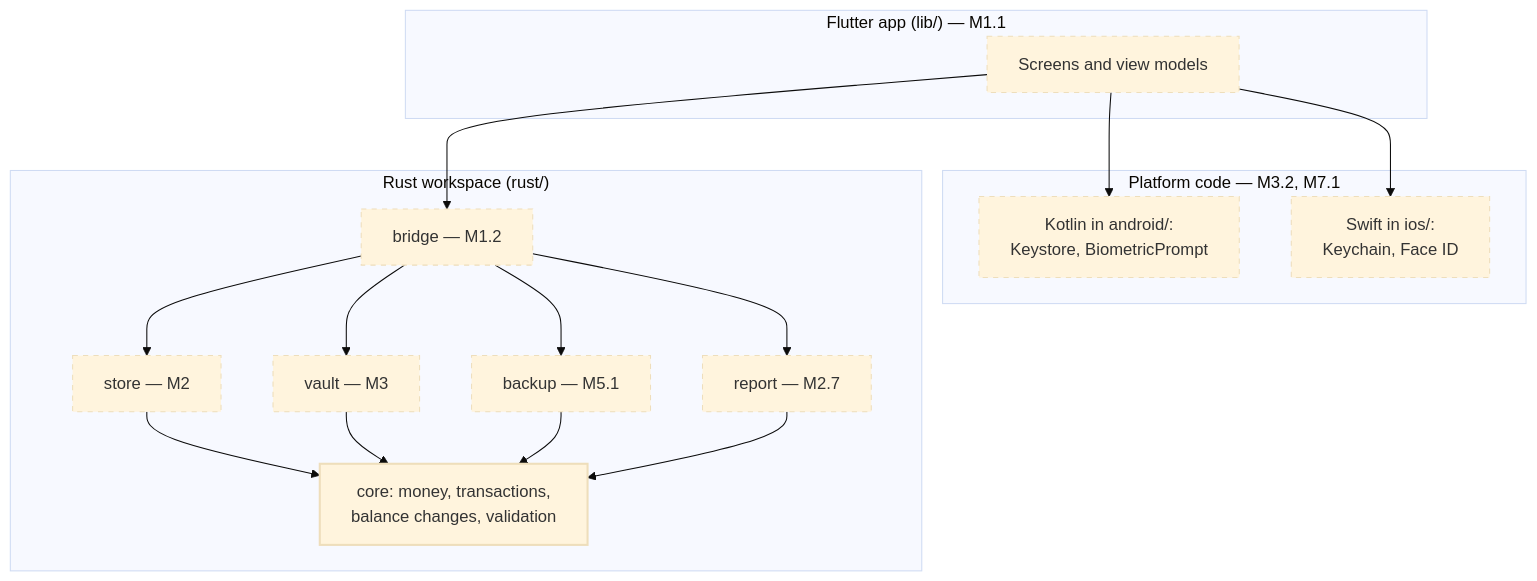
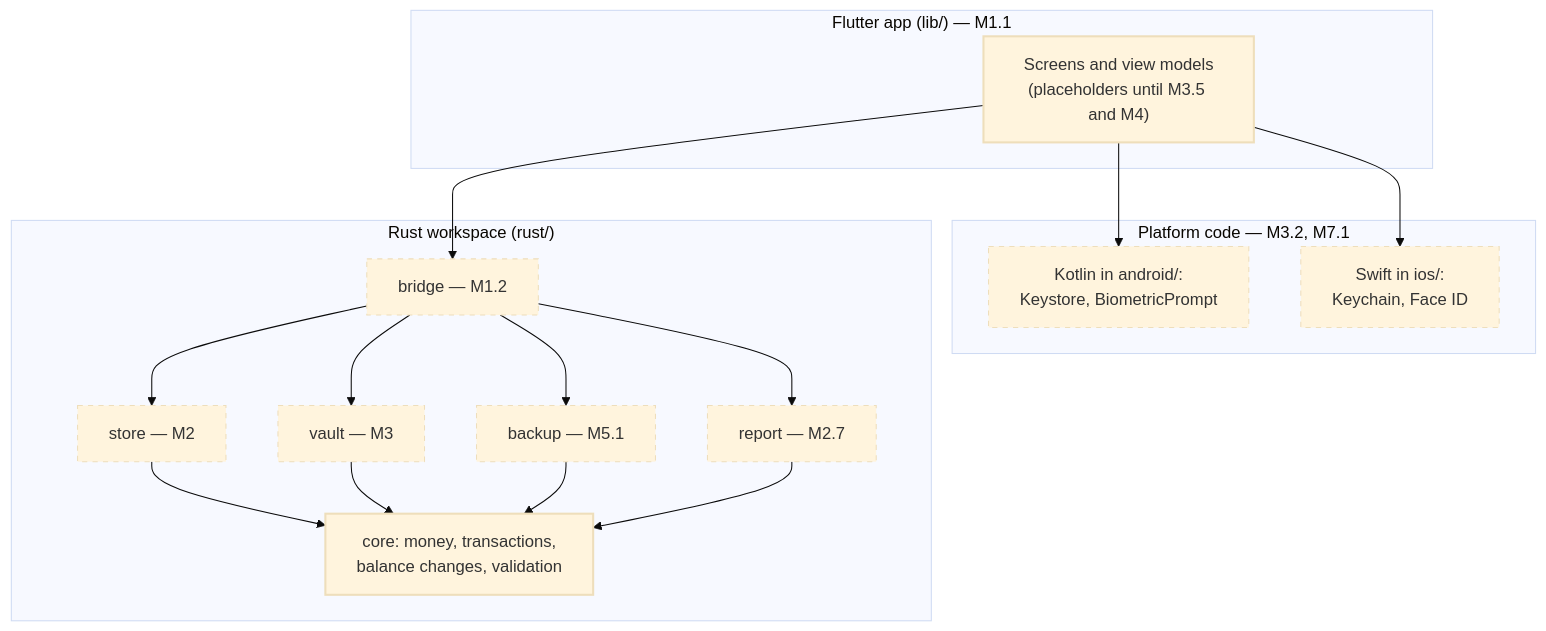
One commit to jabbott-iii/DenariiDolor changed the diagram in docs/01-architecture.md. Above: the diagram before and after it, drawn with Mermaid (base theme). The commit also changed other lines of this file and 88 other files, not shown here.

````diff
--- a/docs/01-architecture.md
+++ b/docs/01-architecture.md
@@ -30,34 +30,34 @@
 ```mermaid
 flowchart TB
     subgraph Dart["Flutter app (lib/) — M1.1"]
-        UI["Screens and view models"]
+        UI["Screens and view models<br/>(placeholders until M3.5 and M4)"]
     end
     subgraph Native["Platform code — M3.2, M7.1"]
         KT["Kotlin in android/:<br/>Keystore, BiometricPrompt"]
         SW["Swift in ios/:<br/>Keychain, Face ID"]
     end
     subgraph Rust["Rust workspace (rust/)"]
         BR["bridge — M1.2"]
         ST["store — M2"]
         VA["vault — M3"]
         BK["backup — M5.1"]
         RP["report — M2.7"]
         CO["core: money, transactions,<br/>balance changes, validation"]
     end
     UI --> BR
     UI --> KT
     UI --> SW
     BR --> ST
     BR --> VA
     BR --> BK
     BR --> RP
     ST --> CO
     VA --> CO
     BK --> CO
     RP --> CO
 
     classDef built stroke-width:2px
     classDef planned stroke-dasharray: 5 5
-    class CO built
-    class UI,KT,SW,BR,ST,VA,BK,RP planned
+    class CO,UI built
+    class KT,SW,BR,ST,VA,BK,RP planned
 ```
````
